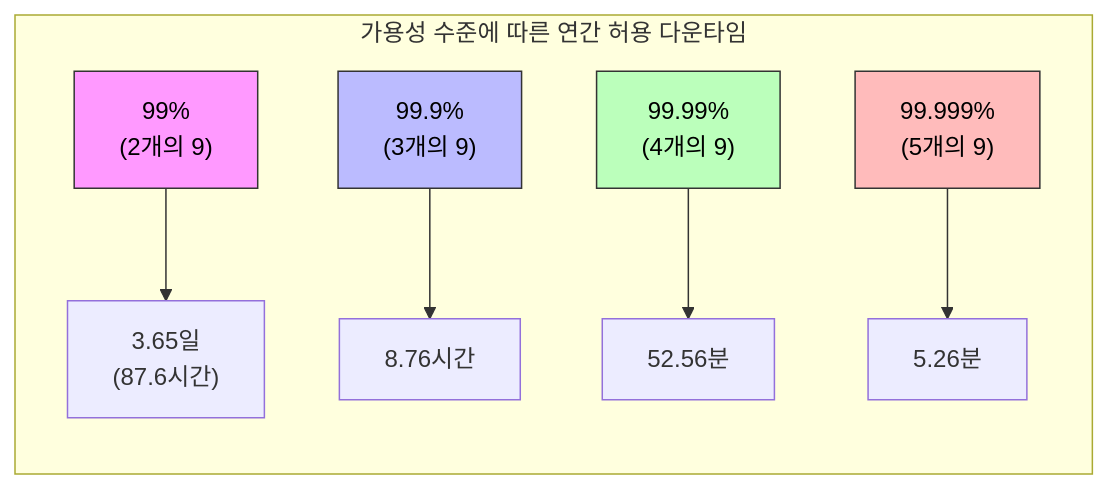
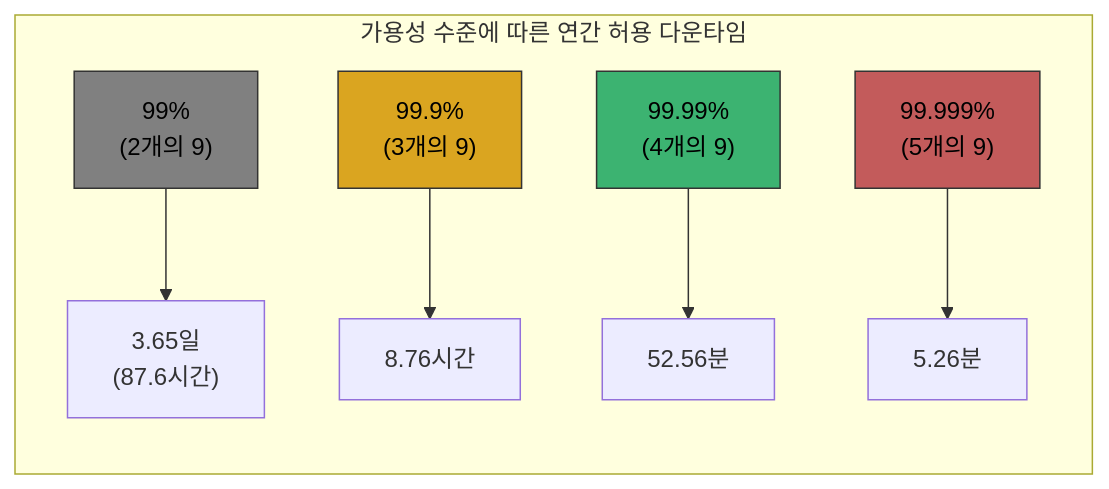
Before and after one commit to KalGookSoo/network-basic: the first of 4 diagrams in chapters/07-1_stability_technology.md, drawn with Mermaid. The commit also changed other lines of this file and 3 other files, not shown here.

Commit message:
docs: 표 시각 개선 - 다이어그램 색상 일관성 및 가독성 향상

````diff
--- a/chapters/07-1_stability_technology.md
+++ b/chapters/07-1_stability_technology.md
@@ -26,14 +26,14 @@
 ```mermaid
 graph LR
     subgraph "가용성 수준에 따른 연간 허용 다운타임"
         A["99% <br> (2개의 9)"] --> B["3.65일 <br> (87.6시간)"]
         C["99.9% <br> (3개의 9)"] --> D["8.76시간"]
         E["99.99% <br> (4개의 9)"] --> F["52.56분"]
         G["99.999% <br> (5개의 9)"] --> H["5.26분"]
     end
 
-    style A fill:#f9f, stroke:#333, stroke-width:1px, color:#000
-    style C fill:#bbf, stroke:#333, stroke-width:1px, color:#000
-    style E fill:#bfb, stroke:#333, stroke-width:1px, color:#000
-    style G fill:#fbb, stroke:#333, stroke-width:1px, color:#000
+    style A fill:#808080, stroke:#333, stroke-width:1px, color:#000
+    style C fill:#daa520, stroke:#333, stroke-width:1px, color:#000
+    style E fill:#3cb371, stroke:#333, stroke-width:1px, color:#000
+    style G fill:#c35b5b, stroke:#333, stroke-width:1px, color:#000
 ```
````
